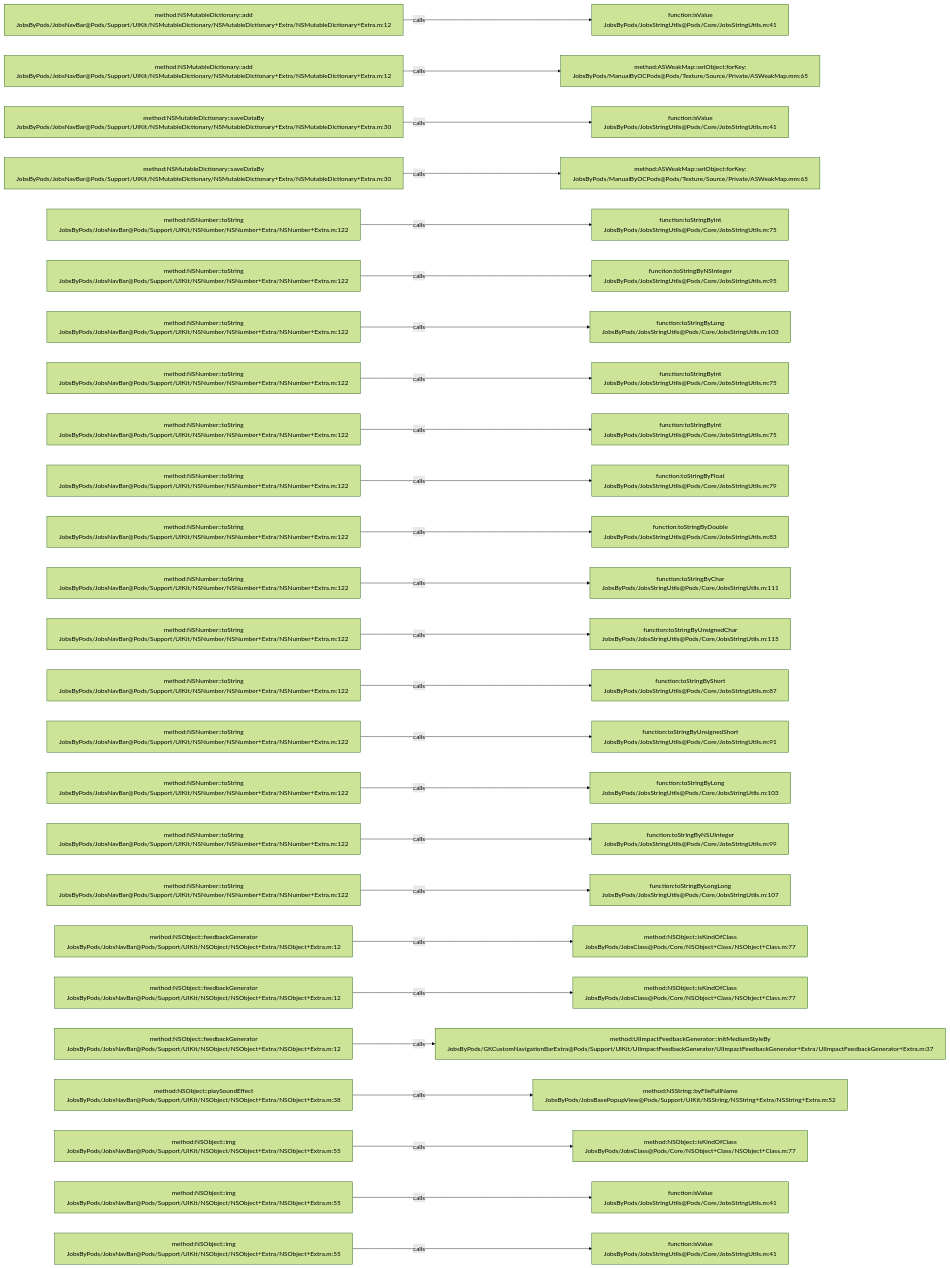
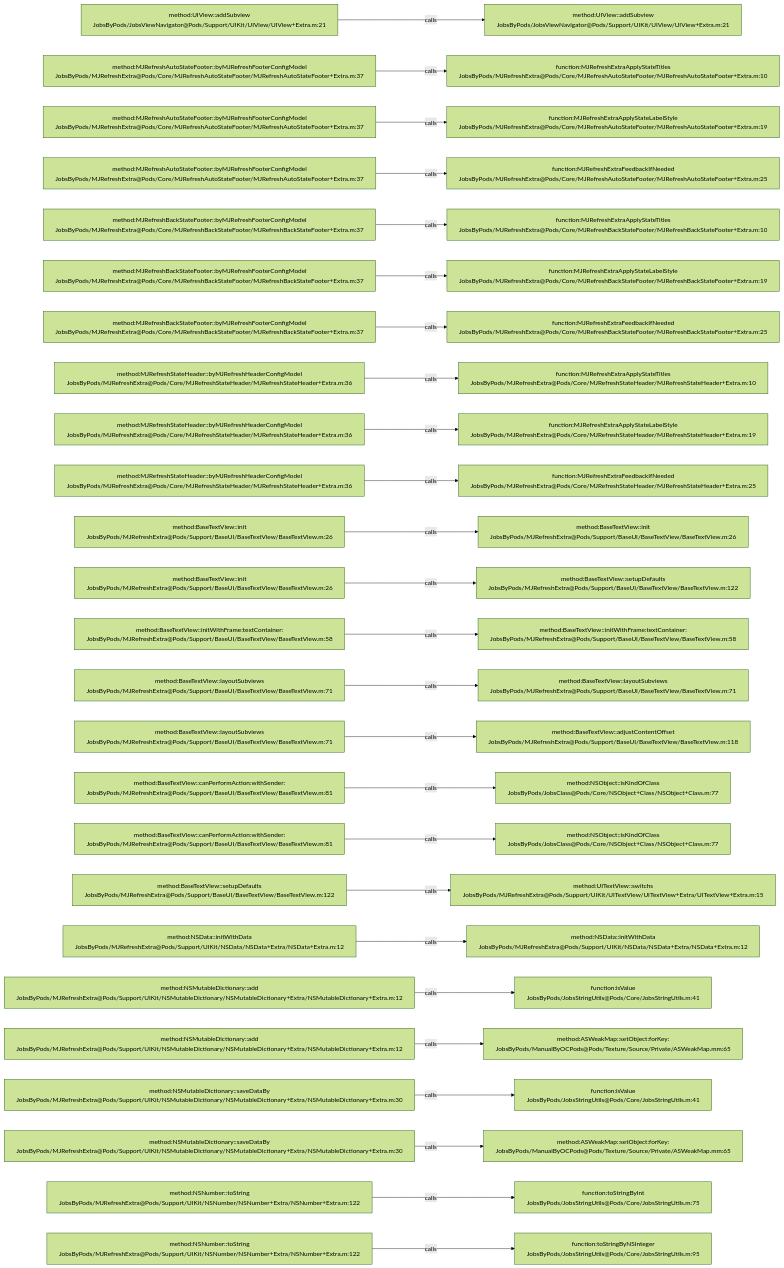
The diagram in .codegraph/codegraph.md/graphs/calls-112.md (JobsKits/JobsOCBaseConfigDemo), drawn with Mermaid (forest theme) before and after one commit. The commit also changed 573 other files, not shown here.

````diff
--- a/.codegraph/codegraph.md/graphs/calls-112.md
+++ b/.codegraph/codegraph.md/graphs/calls-112.md
@@ -13,78 +13,78 @@
 ```mermaid
 flowchart LR
-  S1["method:NSMutableDictionary::add<br/>JobsByPods/JobsNavBar@Pods/Support/UIKit/NSMutableDictionary/NSMutableDictionary+Extra/NSMutableDictionary+Extra.m:12"]
-  T1["function:isValue<br/>JobsByPods/JobsStringUtils@Pods/Core/JobsStringUtils.m:41"]
+  S1["method:UIView::addSubview<br/>JobsByPods/JobsViewNavigator@Pods/Support/UIKit/UIView/UIView+Extra.m:21"]
+  T1["method:UIView::addSubview<br/>JobsByPods/JobsViewNavigator@Pods/Support/UIKit/UIView/UIView+Extra.m:21"]
   S1 -->|calls| T1
-  S2["method:NSMutableDictionary::add<br/>JobsByPods/JobsNavBar@Pods/Support/UIKit/NSMutableDictionary/NSMutableDictionary+Extra/NSMutableDictionary+Extra.m:12"]
-  T2["method:ASWeakMap::setObject:forKey:<br/>JobsByPods/ManualByOCPods@Pods/Texture/Source/Private/ASWeakMap.mm:65"]
+  S2["method:MJRefreshAutoStateFooter::byMJRefreshFooterConfigModel<br/>JobsByPods/MJRefreshExtra@Pods/Core/MJRefreshAutoStateFooter/MJRefreshAutoStateFooter+Extra.m:37"]
+  T2["function:MJRefreshExtraApplyStateTitles<br/>JobsByPods/MJRefreshExtra@Pods/Core/MJRefreshAutoStateFooter/MJRefreshAutoStateFooter+Extra.m:10"]
   S2 -->|calls| T2
-  S3["method:NSMutableDictionary::saveDataBy<br/>JobsByPods/JobsNavBar@Pods/Support/UIKit/NSMutableDictionary/NSMutableDictionary+Extra/NSMutableDictionary+Extra.m:30"]
-  T3["function:isValue<br/>JobsByPods/JobsStringUtils@Pods/Core/JobsStringUtils.m:41"]
+  S3["method:MJRefreshAutoStateFooter::byMJRefreshFooterConfigModel<br/>JobsByPods/MJRefreshExtra@Pods/Core/MJRefreshAutoStateFooter/MJRefreshAutoStateFooter+Extra.m:37"]
+  T3["function:MJRefreshExtraApplyStateLabelStyle<br/>JobsByPods/MJRefreshExtra@Pods/Core/MJRefreshAutoStateFooter/MJRefreshAutoStateFooter+Extra.m:19"]
   S3 -->|calls| T3
-  S4["method:NSMutableDictionary::saveDataBy<br/>JobsByPods/JobsNavBar@Pods/Support/UIKit/NSMutableDictionary/NSMutableDictionary+Extra/NSMutableDictionary+Extra.m:30"]
-  T4["method:ASWeakMap::setObject:forKey:<br/>JobsByPods/ManualByOCPods@Pods/Texture/Source/Private/ASWeakMap.mm:65"]
+  S4["method:MJRefreshAutoStateFooter::byMJRefreshFooterConfigModel<br/>JobsByPods/MJRefreshExtra@Pods/Core/MJRefreshAutoStateFooter/MJRefreshAutoStateFooter+Extra.m:37"]
+  T4["function:MJRefreshExtraFeedbackIfNeeded<br/>JobsByPods/MJRefreshExtra@Pods/Core/MJRefreshAutoStateFooter/MJRefreshAutoStateFooter+Extra.m:25"]
   S4 -->|calls| T4
-  S5["method:NSNumber::toString<br/>JobsByPods/JobsNavBar@Pods/Support/UIKit/NSNumber/NSNumber+Extra/NSNumber+Extra.m:122"]
-  T5["function:toStringByInt<br/>JobsByPods/JobsStringUtils@Pods/Core/JobsStringUtils.m:75"]
+  S5["method:MJRefreshBackStateFooter::byMJRefreshFooterConfigModel<br/>JobsByPods/MJRefreshExtra@Pods/Core/MJRefreshBackStateFooter/MJRefreshBackStateFooter+Extra.m:37"]
+  T5["function:MJRefreshExtraApplyStateTitles<br/>JobsByPods/MJRefreshExtra@Pods/Core/MJRefreshBackStateFooter/MJRefreshBackStateFooter+Extra.m:10"]
   S5 -->|calls| T5
-  S6["method:NSNumber::toString<br/>JobsByPods/JobsNavBar@Pods/Support/UIKit/NSNumber/NSNumber+Extra/NSNumber+Extra.m:122"]
-  T6["function:toStringByNSInteger<br/>JobsByPods/JobsStringUtils@Pods/Core/JobsStringUtils.m:95"]
+  S6["method:MJRefreshBackStateFooter::byMJRefreshFooterConfigModel<br/>JobsByPods/MJRefreshExtra@Pods/Core/MJRefreshBackStateFooter/MJRefreshBackStateFooter+Extra.m:37"]
+  T6["function:MJRefreshExtraApplyStateLabelStyle<br/>JobsByPods/MJRefreshExtra@Pods/Core/MJRefreshBackStateFooter/MJRefreshBackStateFooter+Extra.m:19"]
   S6 -->|calls| T6
-  S7["method:NSNumber::toString<br/>JobsByPods/JobsNavBar@Pods/Support/UIKit/NSNumber/NSNumber+Extra/NSNumber+Extra.m:122"]
-  T7["function:toStringByLong<br/>JobsByPods/JobsStringUtils@Pods/Core/JobsStringUtils.m:103"]
+  S7["method:MJRefreshBackStateFooter::byMJRefreshFooterConfigModel<br/>JobsByPods/MJRefreshExtra@Pods/Core/MJRefreshBackStateFooter/MJRefreshBackStateFooter+Extra.m:37"]
+  T7["function:MJRefreshExtraFeedbackIfNeeded<br/>JobsByPods/MJRefreshExtra@Pods/Core/MJRefreshBackStateFooter/MJRefreshBackStateFooter+Extra.m:25"]
   S7 -->|calls| T7
-  S8["method:NSNumber::toString<br/>JobsByPods/JobsNavBar@Pods/Support/UIKit/NSNumber/NSNumber+Extra/NSNumber+Extra.m:122"]
-  T8["function:toStringByInt<br/>JobsByPods/JobsStringUtils@Pods/Core/JobsStringUtils.m:75"]
+  S8["method:MJRefreshStateHeader::byMJRefreshHeaderConfigModel<br/>JobsByPods/MJRefreshExtra@Pods/Core/MJRefreshStateHeader/MJRefreshStateHeader+Extra.m:36"]
+  T8["function:MJRefreshExtraApplyStateTitles<br/>JobsByPods/MJRefreshExtra@Pods/Core/MJRefreshStateHeader/MJRefreshStateHeader+Extra.m:10"]
   S8 -->|calls| T8
-  S9["method:NSNumber::toString<br/>JobsByPods/JobsNavBar@Pods/Support/UIKit/NSNumber/NSNumber+Extra/NSNumber+Extra.m:122"]
-  T9["function:toStringByInt<br/>JobsByPods/JobsStringUtils@Pods/Core/JobsStringUtils.m:75"]
+  S9["method:MJRefreshStateHeader::byMJRefreshHeaderConfigModel<br/>JobsByPods/MJRefreshExtra@Pods/Core/MJRefreshStateHeader/MJRefreshStateHeader+Extra.m:36"]
+  T9["function:MJRefreshExtraApplyStateLabelStyle<br/>JobsByPods/MJRefreshExtra@Pods/Core/MJRefreshStateHeader/MJRefreshStateHeader+Extra.m:19"]
   S9 -->|calls| T9
-  S10["method:NSNumber::toString<br/>JobsByPods/JobsNavBar@Pods/Support/UIKit/NSNumber/NSNumber+Extra/NSNumber+Extra.m:122"]
-  T10["function:toStringByFloat<br/>JobsByPods/JobsStringUtils@Pods/Core/JobsStringUtils.m:79"]
+  S10["method:MJRefreshStateHeader::byMJRefreshHeaderConfigModel<br/>JobsByPods/MJRefreshExtra@Pods/Core/MJRefreshStateHeader/MJRefreshStateHeader+Extra.m:36"]
+  T10["function:MJRefreshExtraFeedbackIfNeeded<br/>JobsByPods/MJRefreshExtra@Pods/Core/MJRefreshStateHeader/MJRefreshStateHeader+Extra.m:25"]
   S10 -->|calls| T10
-  S11["method:NSNumber::toString<br/>JobsByPods/JobsNavBar@Pods/Support/UIKit/NSNumber/NSNumber+Extra/NSNumber+Extra.m:122"]
-  T11["function:toStringByDouble<br/>JobsByPods/JobsStringUtils@Pods/Core/JobsStringUtils.m:83"]
+  S11["method:BaseTextView::init<br/>JobsByPods/MJRefreshExtra@Pods/Support/BaseUI/BaseTextView/BaseTextView.m:26"]
+  T11["method:BaseTextView::init<br/>JobsByPods/MJRefreshExtra@Pods/Support/BaseUI/BaseTextView/BaseTextView.m:26"]
   S11 -->|calls| T11
-  S12["method:NSNumber::toString<br/>JobsByPods/JobsNavBar@Pods/Support/UIKit/NSNumber/NSNumber+Extra/NSNumber+Extra.m:122"]
-  T12["function:toStringByChar<br/>JobsByPods/JobsStringUtils@Pods/Core/JobsStringUtils.m:111"]
+  S12["method:BaseTextView::init<br/>JobsByPods/MJRefreshExtra@Pods/Support/BaseUI/BaseTextView/BaseTextView.m:26"]
+  T12["method:BaseTextView::setupDefaults<br/>JobsByPods/MJRefreshExtra@Pods/Support/BaseUI/BaseTextView/BaseTextView.m:122"]
   S12 -->|calls| T12
-  S13["method:NSNumber::toString<br/>JobsByPods/JobsNavBar@Pods/Support/UIKit/NSNumber/NSNumber+Extra/NSNumber+Extra.m:122"]
-  T13["function:toStringByUnsignedChar<br/>JobsByPods/JobsStringUtils@Pods/Core/JobsStringUtils.m:115"]
+  S13["method:BaseTextView::initWithFrame:textContainer:<br/>JobsByPods/MJRefreshExtra@Pods/Support/BaseUI/BaseTextView/BaseTextView.m:58"]
+  T13["method:BaseTextView::initWithFrame:textContainer:<br/>JobsByPods/MJRefreshExtra@Pods/Support/BaseUI/BaseTextView/BaseTextView.m:58"]
   S13 -->|calls| T13
-  S14["method:NSNumber::toString<br/>JobsByPods/JobsNavBar@Pods/Support/UIKit/NSNumber/NSNumber+Extra/NSNumber+Extra.m:122"]
-  T14["function:toStringByShort<br/>JobsByPods/JobsStringUtils@Pods/Core/JobsStringUtils.m:87"]
+  S14["method:BaseTextView::layoutSubviews<br/>JobsByPods/MJRefreshExtra@Pods/Support/BaseUI/BaseTextView/BaseTextView.m:71"]
+  T14["method:BaseTextView::layoutSubviews<br/>JobsByPods/MJRefreshExtra@Pods/Support/BaseUI/BaseTextView/BaseTextView.m:71"]
   S14 -->|calls| T14
-  S15["method:NSNumber::toString<br/>JobsByPods/JobsNavBar@Pods/Support/UIKit/NSNumber/NSNumber+Extra/NSNumber+Extra.m:122"]
-  T15["function:toStringByUnsignedShort<br/>JobsByPods/JobsStringUtils@Pods/Core/JobsStringUtils.m:91"]
+  S15["method:BaseTextView::layoutSubviews<br/>JobsByPods/MJRefreshExtra@Pods/Support/BaseUI/BaseTextView/BaseTextView.m:71"]
+  T15["method:BaseTextView::adjustContentOffset<br/>JobsByPods/MJRefreshExtra@Pods/Support/BaseUI/BaseTextView/BaseTextView.m:118"]
   S15 -->|calls| T15
-  S16["method:NSNumber::toString<br/>JobsByPods/JobsNavBar@Pods/Support/UIKit/NSNumber/NSNumber+Extra/NSNumber+Extra.m:122"]
-  T16["function:toStringByLong<br/>JobsByPods/JobsStringUtils@Pods/Core/JobsStringUtils.m:103"]
+  S16["method:BaseTextView::canPerformAction:withSender:<br/>JobsByPods/MJRefreshExtra@Pods/Support/BaseUI/BaseTextView/BaseTextView.m:81"]
+  T16["method:NSObject::isKindOfClass<br/>JobsByPods/JobsClass@Pods/Core/NSObject+Class/NSObject+Class.m:77"]
   S16 -->|calls| T16
-  S17["method:NSNumber::toString<br/>JobsByPods/JobsNavBar@Pods/Support/UIKit/NSNumber/NSNumber+Extra/NSNumber+Extra.m:122"]
-  T17["function:toStringByNSUInteger<br/>JobsByPods/JobsStringUtils@Pods/Core/JobsStringUtils.m:99"]
+  S17["method:BaseTextView::canPerformAction:withSender:<br/>JobsByPods/MJRefreshExtra@Pods/Support/BaseUI/BaseTextView/BaseTextView.m:81"]
+  T17["method:NSObject::isKindOfClass<br/>JobsByPods/JobsClass@Pods/Core/NSObject+Class/NSObject+Class.m:77"]
   S17 -->|calls| T17
-  S18["method:NSNumber::toString<br/>JobsByPods/JobsNavBar@Pods/Support/UIKit/NSNumber/NSNumber+Extra/NSNumber+Extra.m:122"]
-  T18["function:toStringByLongLong<br/>JobsByPods/JobsStringUtils@Pods/Core/JobsStringUtils.m:107"]
+  S18["method:BaseTextView::setupDefaults<br/>JobsByPods/MJRefreshExtra@Pods/Support/BaseUI/BaseTextView/BaseTextView.m:122"]
+  T18["method:UITextView::switchs<br/>JobsByPods/MJRefreshExtra@Pods/Support/UIKit/UITextView/UITextView+Extra/UITextView+Extra.m:15"]
   S18 -->|calls| T18
-  S19["method:NSObject::feedbackGenerator<br/>JobsByPods/JobsNavBar@Pods/Support/UIKit/NSObject/NSObject+Extra/NSObject+Extra.m:12"]
-  T19["method:NSObject::isKindOfClass<br/>JobsByPods/JobsClass@Pods/Core/NSObject+Class/NSObject+Class.m:77"]
+  S19["method:NSData::initWithData<br/>JobsByPods/MJRefreshExtra@Pods/Support/UIKit/NSData/NSData+Extra/NSData+Extra.m:12"]
+  T19["method:NSData::initWithData<br/>JobsByPods/MJRefreshExtra@Pods/Support/UIKit/NSData/NSData+Extra/NSData+Extra.m:12"]
   S19 -->|calls| T19
-  S20["method:NSObject::feedbackGenerator<br/>JobsByPods/JobsNavBar@Pods/Support/UIKit/NSObject/NSObject+Extra/NSObject+Extra.m:12"]
-  T20["method:NSObject::isKindOfClass<br/>JobsByPods/JobsClass@Pods/Core/NSObject+Class/NSObject+Class.m:77"]
+  S20["method:NSMutableDictionary::add<br/>JobsByPods/MJRefreshExtra@Pods/Support/UIKit/NSMutableDictionary/NSMutableDictionary+Extra/NSMutableDictionary+Extra.m:12"]
+  T20["function:isValue<br/>JobsByPods/JobsStringUtils@Pods/Core/JobsStringUtils.m:41"]
   S20 -->|calls| T20
-  S21["method:NSObject::feedbackGenerator<br/>JobsByPods/JobsNavBar@Pods/Support/UIKit/NSObject/NSObject+Extra/NSObject+Extra.m:12"]
-  T21["method:UIImpactFeedbackGenerator::initMediumStyleBy<br/>JobsByPods/GKCustomNavigationBarExtra@Pods/Support/UIKit/UIImpactFeedbackGenerator/UIImpactFeedbackGenerator+Extra/UIImpactFeedbackGenerator+Extra.m:37"]
+  S21["method:NSMutableDictionary::add<br/>JobsByPods/MJRefreshExtra@Pods/Support/UIKit/NSMutableDictionary/NSMutableDictionary+Extra/NSMutableDictionary+Extra.m:12"]
+  T21["method:ASWeakMap::setObject:forKey:<br/>JobsByPods/ManualByOCPods@Pods/Texture/Source/Private/ASWeakMap.mm:65"]
   S21 -->|calls| T21
-  S22["method:NSObject::playSoundEffect<br/>JobsByPods/JobsNavBar@Pods/Support/UIKit/NSObject/NSObject+Extra/NSObject+Extra.m:38"]
-  T22["method:NSString::byFileFullName<br/>JobsByPods/JobsBasePopupView@Pods/Support/UIKit/NSString/NSString+Extra/NSString+Extra.m:52"]
+  S22["method:NSMutableDictionary::saveDataBy<br/>JobsByPods/MJRefreshExtra@Pods/Support/UIKit/NSMutableDictionary/NSMutableDictionary+Extra/NSMutableDictionary+Extra.m:30"]
+  T22["function:isValue<br/>JobsByPods/JobsStringUtils@Pods/Core/JobsStringUtils.m:41"]
   S22 -->|calls| T22
-  S23["method:NSObject::img<br/>JobsByPods/JobsNavBar@Pods/Support/UIKit/NSObject/NSObject+Extra/NSObject+Extra.m:55"]
-  T23["method:NSObject::isKindOfClass<br/>JobsByPods/JobsClass@Pods/Core/NSObject+Class/NSObject+Class.m:77"]
+  S23["method:NSMutableDictionary::saveDataBy<br/>JobsByPods/MJRefreshExtra@Pods/Support/UIKit/NSMutableDictionary/NSMutableDictionary+Extra/NSMutableDictionary+Extra.m:30"]
+  T23["method:ASWeakMap::setObject:forKey:<br/>JobsByPods/ManualByOCPods@Pods/Texture/Source/Private/ASWeakMap.mm:65"]
   S23 -->|calls| T23
-  S24["method:NSObject::img<br/>JobsByPods/JobsNavBar@Pods/Support/UIKit/NSObject/NSObject+Extra/NSObject+Extra.m:55"]
-  T24["function:isValue<br/>JobsByPods/JobsStringUtils@Pods/Core/JobsStringUtils.m:41"]
+  S24["method:NSNumber::toString<br/>JobsByPods/MJRefreshExtra@Pods/Support/UIKit/NSNumber/NSNumber+Extra/NSNumber+Extra.m:122"]
+  T24["function:toStringByInt<br/>JobsByPods/JobsStringUtils@Pods/Core/JobsStringUtils.m:75"]
   S24 -->|calls| T24
-  S25["method:NSObject::img<br/>JobsByPods/JobsNavBar@Pods/Support/UIKit/NSObject/NSObject+Extra/NSObject+Extra.m:55"]
-  T25["function:isValue<br/>JobsByPods/JobsStringUtils@Pods/Core/JobsStringUtils.m:41"]
+  S25["method:NSNumber::toString<br/>JobsByPods/MJRefreshExtra@Pods/Support/UIKit/NSNumber/NSNumber+Extra/NSNumber+Extra.m:122"]
+  T25["function:toStringByNSInteger<br/>JobsByPods/JobsStringUtils@Pods/Core/JobsStringUtils.m:95"]
   S25 -->|calls| T25
 ```
````
